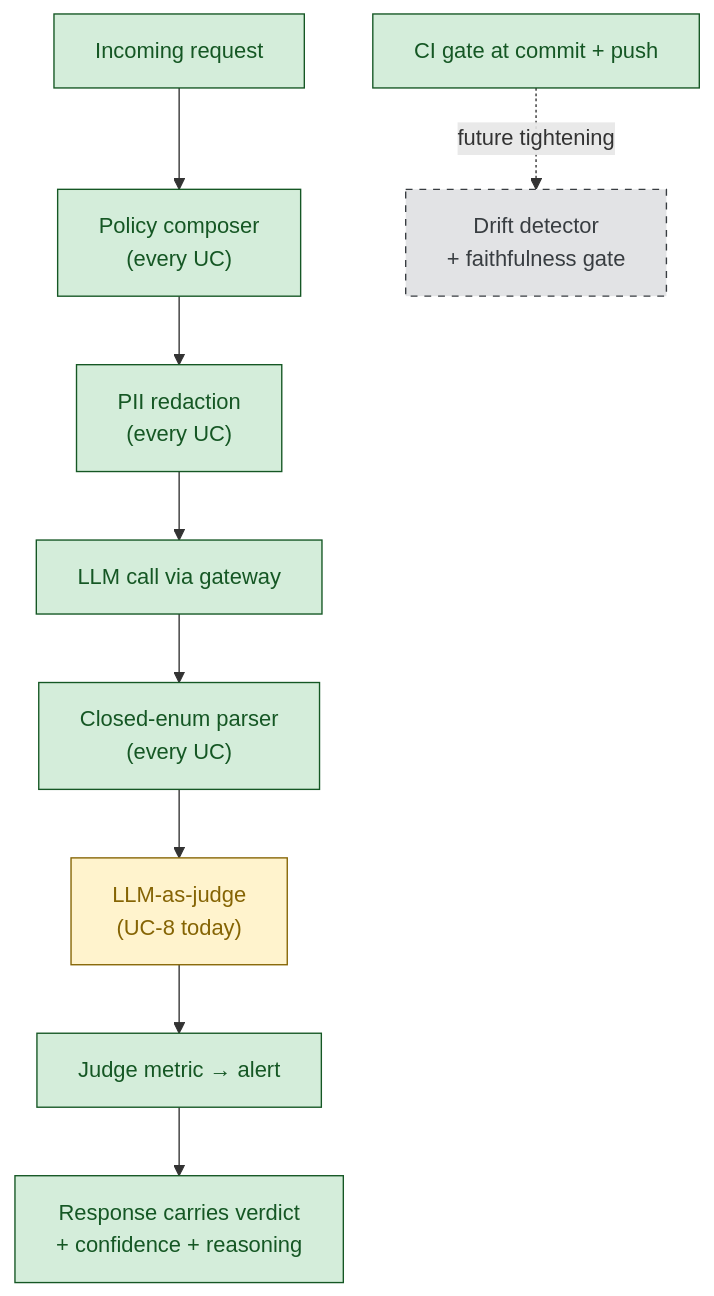
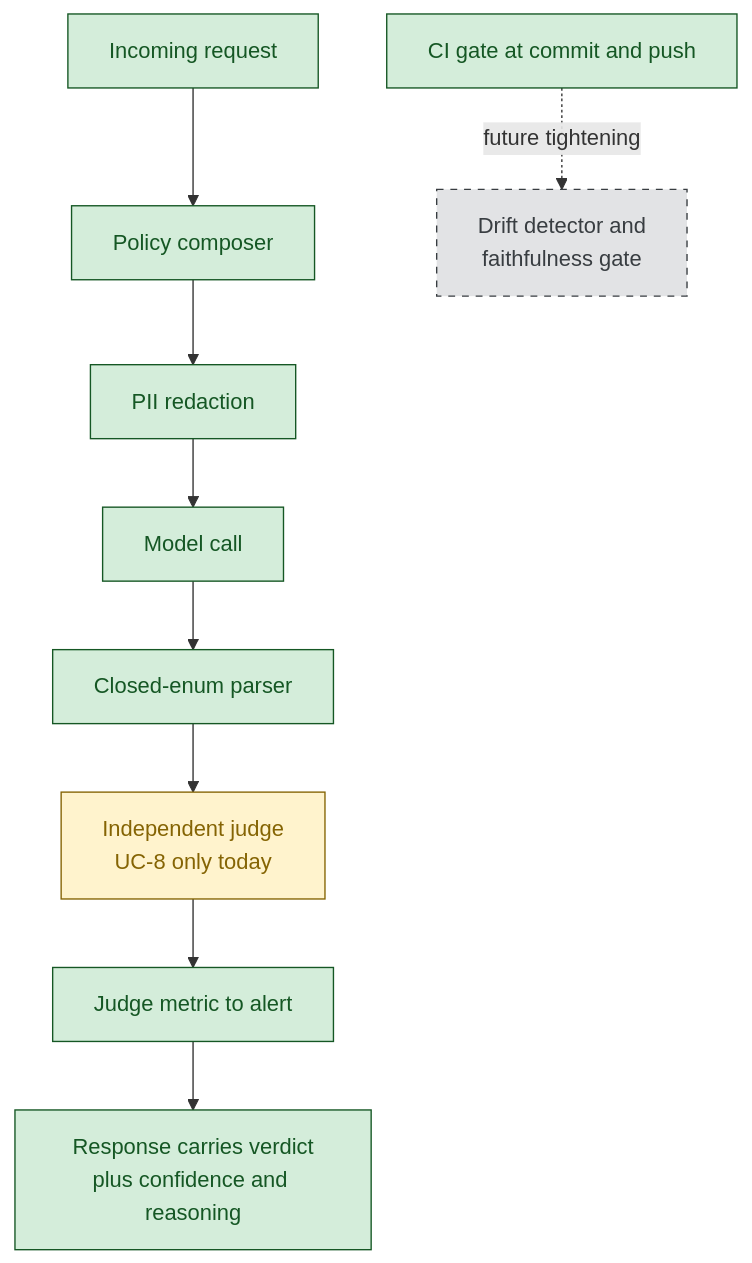
The fourth of 7 diagrams in docs/MANAGEMENT-BRIEFING.md (Kevinparashar/One-ops-NextGen), drawn with Mermaid before and after one commit. The commit also changed other lines of this file and 1 other file, not shown here.

````diff
--- a/docs/MANAGEMENT-BRIEFING.md
+++ b/docs/MANAGEMENT-BRIEFING.md
@@ -233,20 +218,20 @@
 ```mermaid
 flowchart TD
     classDef shipped fill:#d4edda,stroke:#155724,color:#155724
     classDef partial fill:#fff3cd,stroke:#856404,color:#856404
     classDef planned fill:#e2e3e5,stroke:#383d41,color:#383d41,stroke-dasharray:5 5
 
     REQ["Incoming request"]:::shipped
-    POL["Policy composer<br/>(every UC)"]:::shipped
-    RED["PII redaction<br/>(every UC)"]:::shipped
-    LLM["LLM call via gateway"]:::shipped
-    CLO["Closed-enum parser<br/>(every UC)"]:::shipped
-    JUDGE["LLM-as-judge<br/>(UC-8 today)"]:::partial
-    METRIC["Judge metric → alert"]:::shipped
-    RESP["Response carries verdict<br/>+ confidence + reasoning"]:::shipped
-    CI["CI gate at commit + push"]:::shipped
-    DRIFT["Drift detector<br/>+ faithfulness gate"]:::planned
+    POL["Policy composer"]:::shipped
+    RED["PII redaction"]:::shipped
+    LLM["Model call"]:::shipped
+    CLO["Closed-enum parser"]:::shipped
+    JUDGE["Independent judge<br/>UC-8 only today"]:::partial
+    METRIC["Judge metric to alert"]:::shipped
+    RESP["Response carries verdict<br/>plus confidence and reasoning"]:::shipped
+    CI["CI gate at commit and push"]:::shipped
+    DRIFT["Drift detector and<br/>faithfulness gate"]:::planned
 
     REQ --> POL --> RED --> LLM --> CLO --> JUDGE --> METRIC --> RESP
     CI -.->|future tightening| DRIFT
 ```
````
